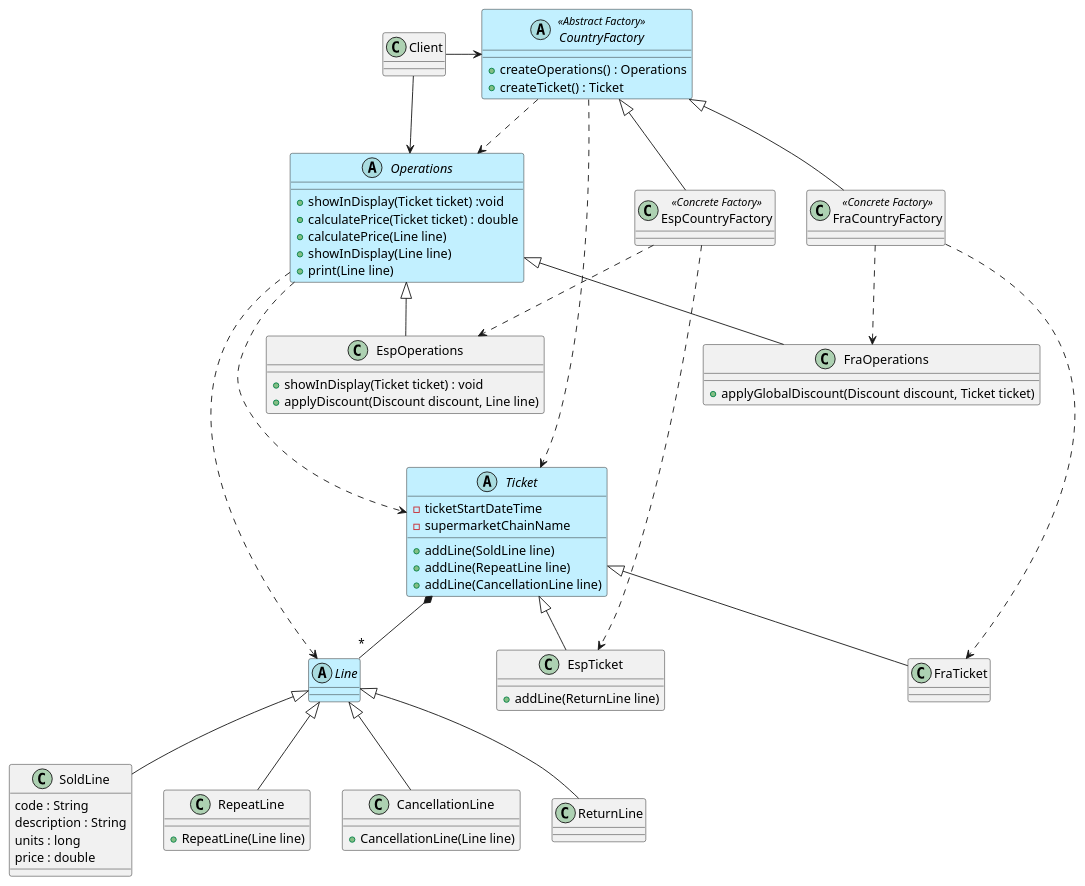
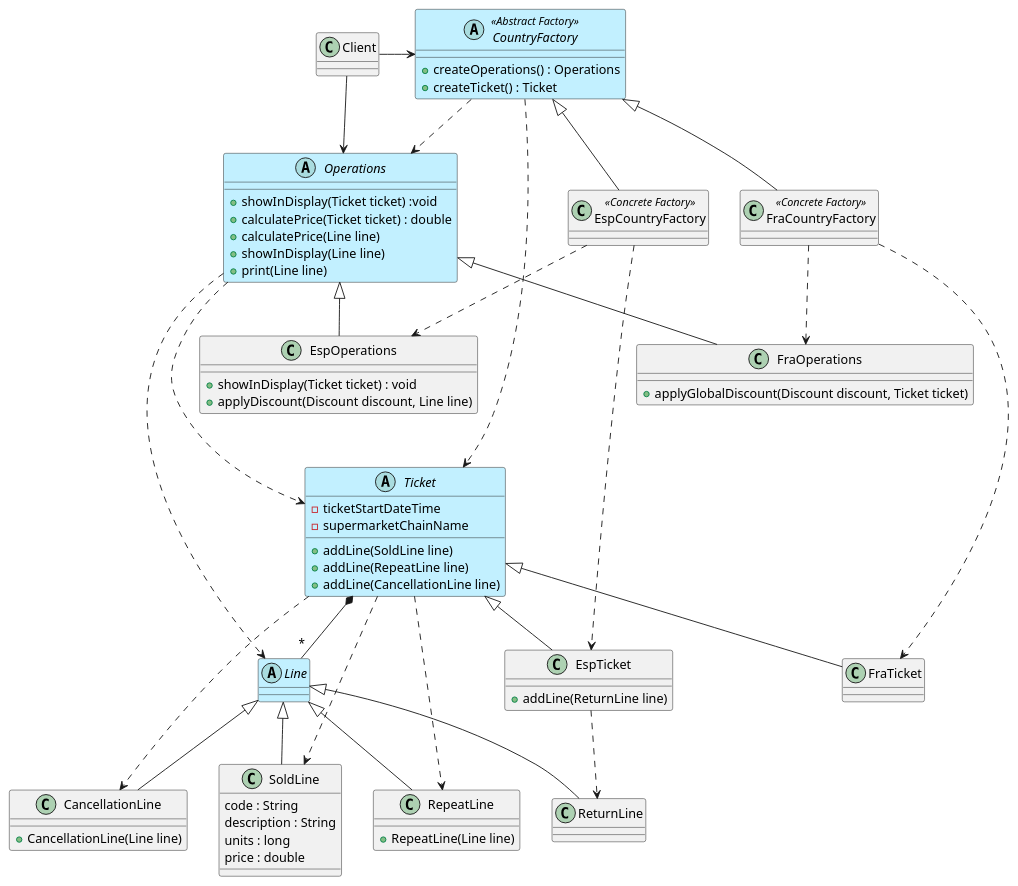
The diagram in puml/design.puml (Master-Desarrollo-20-21/patrones-para-aplicacion-supermercado-internacional-Ruskab), drawn with PlantUML before and after one commit.

Commit message:
add relations

```diff
--- a/puml/design.puml
+++ b/puml/design.puml
@@ -1,82 +1,86 @@
 @startuml
 class EspTicket  {
     + addLine(ReturnLine line)
 }
 class FraTicket
 
 abstract Ticket #APPLICATION {
     - ticketStartDateTime
     - supermarketChainName
     + addLine(SoldLine line)
     + addLine(RepeatLine line)
     + addLine(CancellationLine line)
 }
 
 abstract Line #APPLICATION {
 }
 class SoldLine {
     code : String
     description : String
     units : long
     price : double
 }
 class RepeatLine {
     + RepeatLine(Line line)
 }
 class CancellationLine {
     + CancellationLine(Line line)
 }
 class ReturnLine
 
 abstract CountryFactory <<Abstract Factory>> #APPLICATION{
     + createOperations() : Operations
     + createTicket() : Ticket
 }
 class EspCountryFactory <<Concrete Factory>>
 class FraCountryFactory <<Concrete Factory>>
 abstract Operations #APPLICATION {
     + showInDisplay(Ticket ticket) :void
     + calculatePrice(Ticket ticket) : double
     + calculatePrice(Line line)
     + showInDisplay(Line line)
     + print(Line line)
 }
 class EspOperations {
     + showInDisplay(Ticket ticket) : void
     + applyDiscount(Discount discount, Line line)
 }
 class FraOperations {
     + applyGlobalDiscount(Discount discount, Ticket ticket)
 }
 
 
 '-----------------------------------------------
 
 Ticket *-- "*" Line
+Ticket ..> RepeatLine
+Ticket ..> SoldLine
+Ticket ..> CancellationLine
+EspTicket ..> ReturnLine
 
 EspTicket -up-|> Ticket
 FraTicket -up-|> Ticket
 
 SoldLine -up-|> Line
 RepeatLine -up-|> Line
 CancellationLine -up-|> Line
 ReturnLine -up-|> Line
 
 EspCountryFactory -up-|> CountryFactory
 FraCountryFactory -up-|> CountryFactory
 
 EspOperations -up-|> Operations
 FraOperations -up-|> Operations
 
 CountryFactory ..> Operations
 CountryFactory ..> Ticket
 Operations ...> Ticket
 Operations ..> Line
 EspCountryFactory ..> EspOperations
 EspCountryFactory ..> EspTicket
 FraCountryFactory ..> FraOperations
 FraCountryFactory ..> FraTicket
 
 Client -right-> CountryFactory
 Client --> Operations
 @enduml
```
